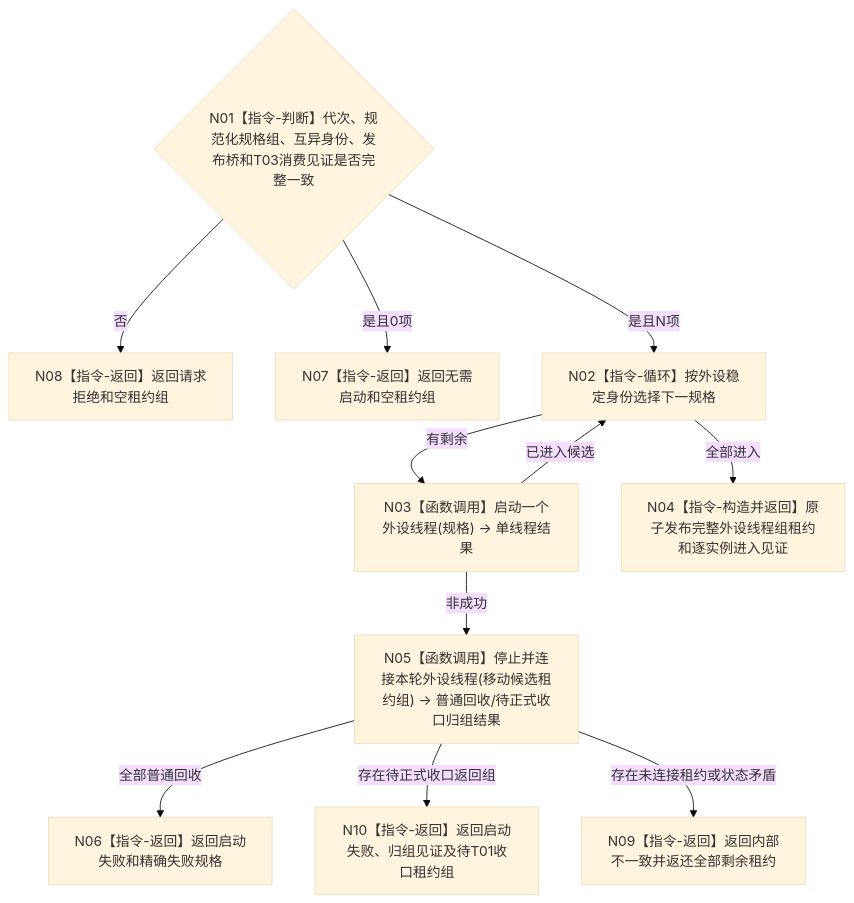
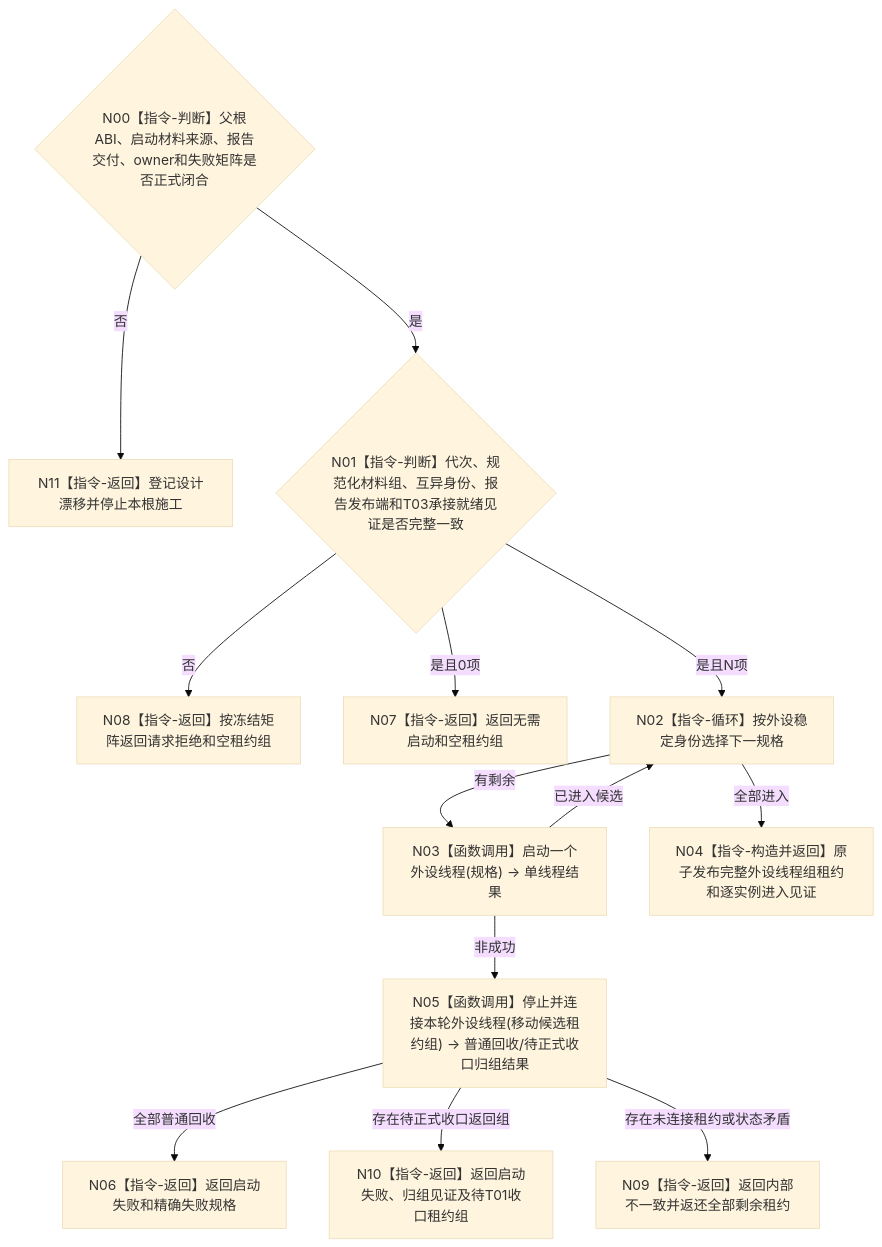
The diagram in 流程图/目标业务流程图/L2/BIZ-L2-001-07_启动外设线程组_目标函数流程图_v0.1.md (chunhaizh-cyber/HY-Ego), drawn with Mermaid (base theme) before and after one commit. The commit also changed other lines of this file and 9 other files, not shown here.

````diff
--- a/流程图/目标业务流程图/L2/BIZ-L2-001-07_启动外设线程组_目标函数流程图_v0.1.md
+++ b/流程图/目标业务流程图/L2/BIZ-L2-001-07_启动外设线程组_目标函数流程图_v0.1.md
@@ -29,13 +31,15 @@
 ```mermaid
 flowchart TD
-    N01{"N01【指令-判断】代次、规范化规格组、互异身份、发布桥和T03消费见证是否完整一致"} -->|否| N08["N08【指令-返回】返回请求拒绝和空租约组"]
+    N00{"N00【指令-判断】父根ABI、启动材料来源、报告交付、owner和失败矩阵是否正式闭合"} -->|否| N11["N11【指令-返回】登记设计漂移并停止本根施工"]
+    N00 -->|是| N01{"N01【指令-判断】代次、规范化材料组、互异身份、报告发布端和T03承接就绪见证是否完整一致"}
+    N01 -->|否| N08["N08【指令-返回】按冻结矩阵返回请求拒绝和空租约组"]
     N01 -->|是且0项| N07["N07【指令-返回】返回无需启动和空租约组"]
     N01 -->|是且N项| N02["N02【指令-循环】按外设稳定身份选择下一规格"]
     N02 -->|有剩余| N03["N03【函数调用】启动一个外设线程(规格) -> 单线程结果"]
     N03 -->|已进入候选| N02
     N03 -->|非成功| N05["N05【函数调用】停止并连接本轮外设线程(移动候选租约组) -> 普通回收/待正式收口归组结果"]
     N02 -->|全部进入| N04["N04【指令-构造并返回】原子发布完整外设线程组租约和逐实例进入见证"]
     N05 -->|全部普通回收| N06["N06【指令-返回】返回启动失败和精确失败规格"]
     N05 -->|存在待正式收口返回组| N10["N10【指令-返回】返回启动失败、归组见证及待T01收口租约组"]
     N05 -->|存在未连接租约或状态矛盾| N09["N09【指令-返回】返回内部不一致并返还全部剩余租约"]
 ```
````
